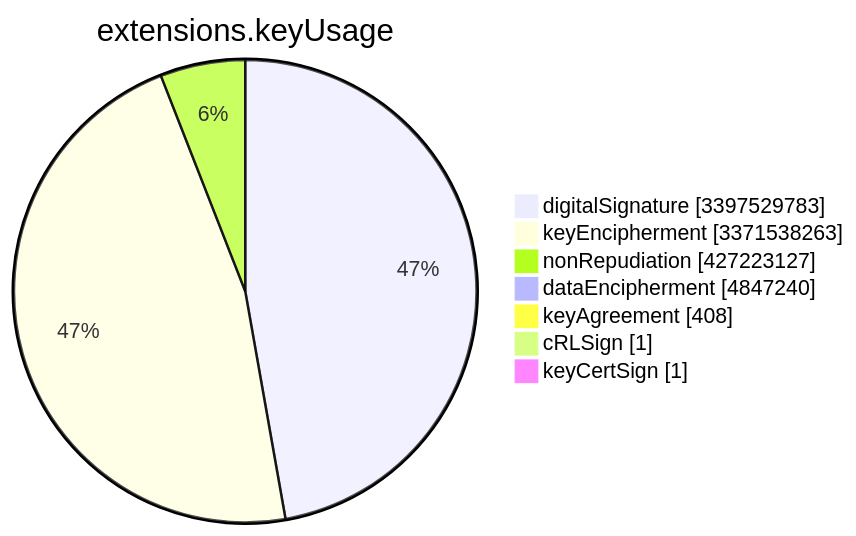
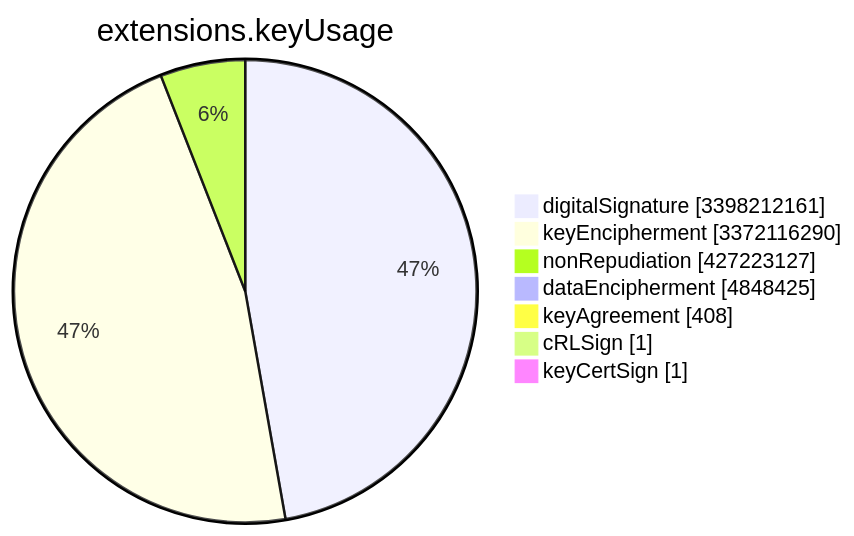
The sixth of 15 diagrams in TOTAL/README.md (christiankrug/ctmonitor_visualization), drawn with Mermaid before and after one commit. The commit also changed other lines of this file, not shown here.

````diff
--- a/TOTAL/README.md
+++ b/TOTAL/README.md
@@ -3081,11 +3081,11 @@
 ```mermaid
 pie showData
 title extensions.keyUsage
-"digitalSignature" :3397529783
-"keyEncipherment" :3371538263
+"digitalSignature" :3398212161
+"keyEncipherment" :3372116290
 "nonRepudiation" :427223127
-"dataEncipherment" :4847240
+"dataEncipherment" :4848425
 "keyAgreement" :408
 "cRLSign" :1
 "keyCertSign" :1
 ```
````
